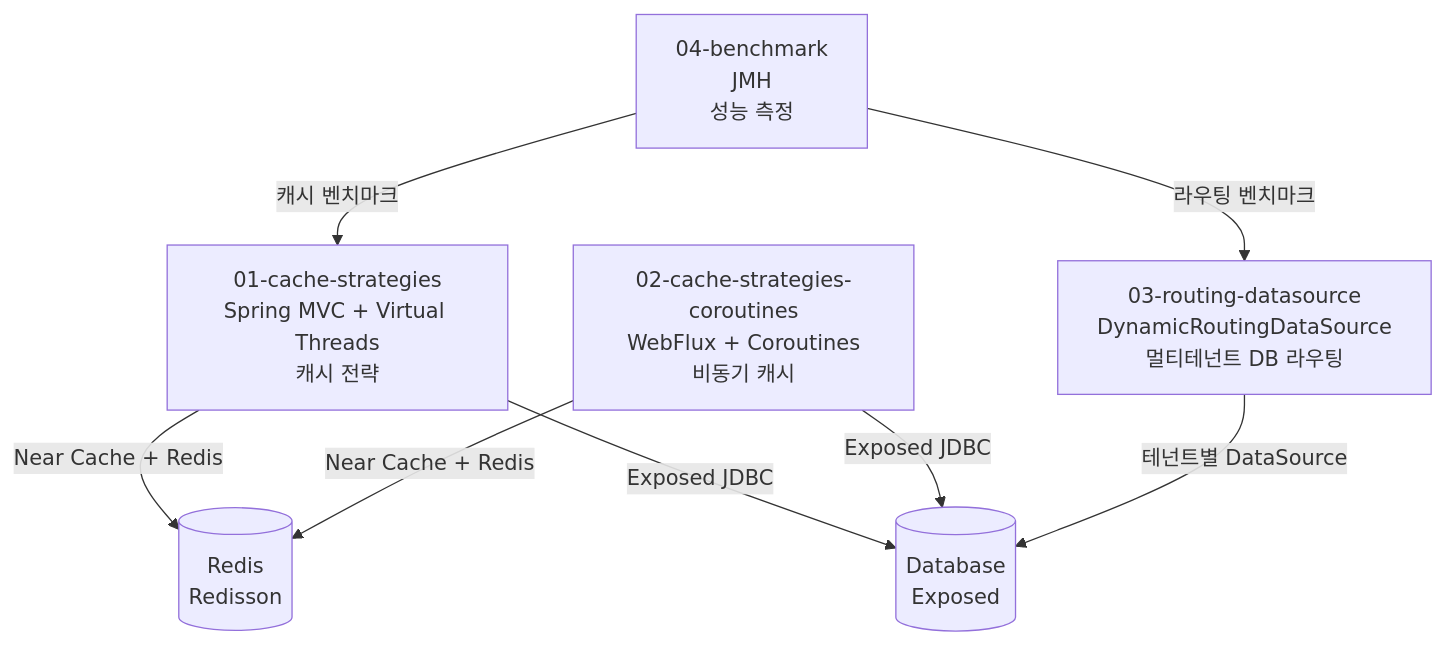
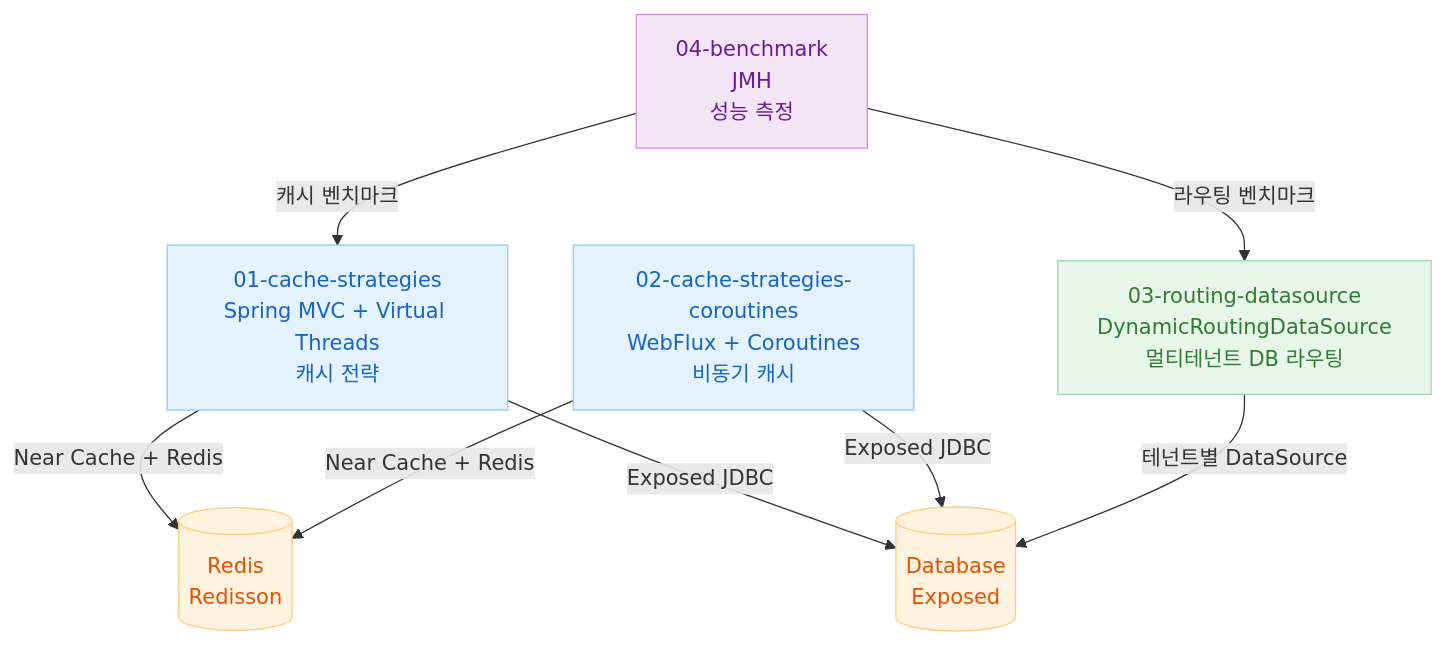
One commit to bluetape4k/exposed-workshop changed the first of 2 diagrams in 11-high-performance/README.md. Above: the diagram before and after it, drawn with Mermaid. The commit also changed other lines of this file and 56 other files, not shown here.

First line of the commit message:
docs: 전체 README mermaid 다이어그램에 파스텔 톤 색상 적용

````diff
--- a/11-high-performance/README.md
+++ b/11-high-performance/README.md
@@ -31,18 +31,28 @@
 ```mermaid
 flowchart TD
     M1[01-cache-strategies\nSpring MVC + Virtual Threads\n캐시 전략]
     M2[02-cache-strategies-coroutines\nWebFlux + Coroutines\n비동기 캐시]
     M3[03-routing-datasource\nDynamicRoutingDataSource\n멀티테넌트 DB 라우팅]
     M4[04-benchmark\nJMH\n성능 측정]
 
     Redis[(Redis\nRedisson)]
     DB[(Database\nExposed)]
 
     M1 -- Near Cache + Redis --> Redis
     M1 -- Exposed JDBC --> DB
     M2 -- Near Cache + Redis --> Redis
     M2 -- Exposed JDBC --> DB
     M3 -- 테넌트별 DataSource --> DB
     M4 -- 캐시 벤치마크 --> M1
     M4 -- 라우팅 벤치마크 --> M3
+
+    classDef blue fill:#E3F2FD,stroke:#90CAF9,color:#1565C0
+    classDef green fill:#E8F5E9,stroke:#A5D6A7,color:#2E7D32
+    classDef purple fill:#F3E5F5,stroke:#CE93D8,color:#6A1B9A
+    classDef orange fill:#FFF3E0,stroke:#FFCC80,color:#E65100
+
+    class M1,M2 blue
+    class M3 green
+    class M4 purple
+    class Redis,DB orange
 ```
````
